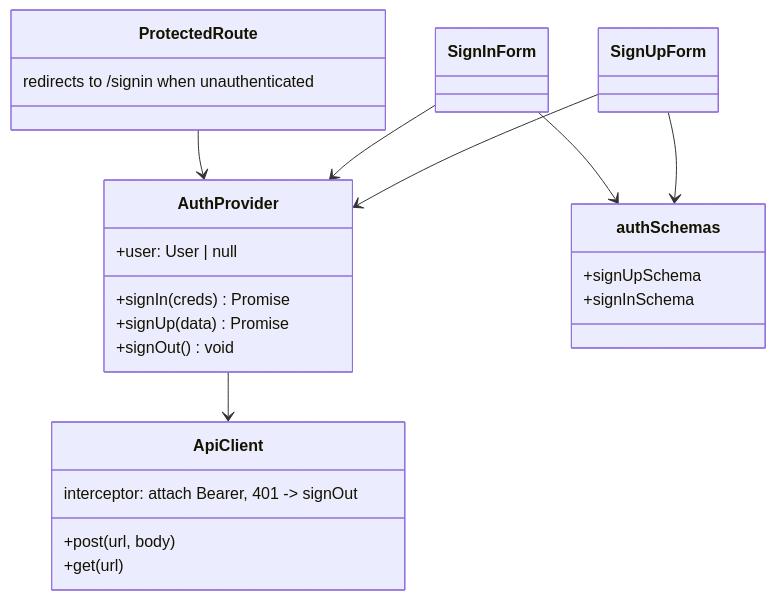
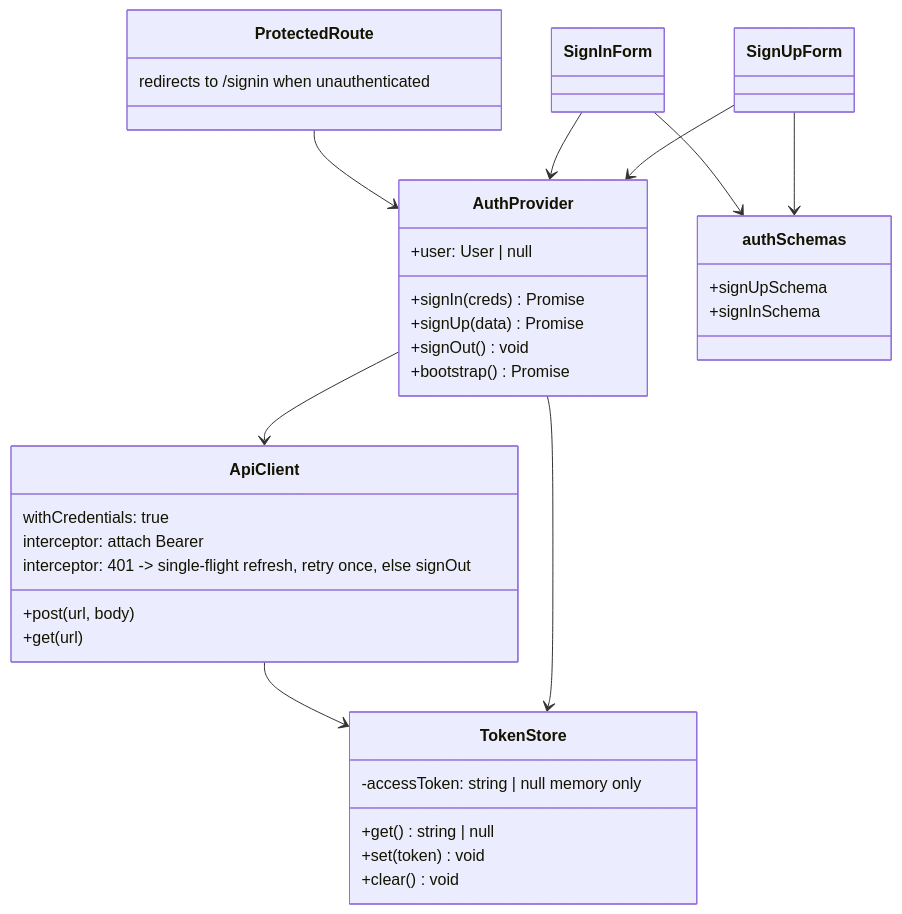
One commit to Rowan-habashy/easyGenerator-auth changed the second of 2 diagrams in docs/architecture/c4-code.md. Above: the diagram before and after it, drawn with Mermaid. The commit also changed other lines of this file and 5 other files, not shown here.

````diff
--- a/docs/architecture/c4-code.md
+++ b/docs/architecture/c4-code.md
@@ -61,27 +100,38 @@
 ```mermaid
 classDiagram
     class AuthProvider {
         +user: User | null
         +signIn(creds) Promise
         +signUp(data) Promise
         +signOut() void
+        +bootstrap() Promise
+    }
+    class TokenStore {
+        -accessToken: string | null  memory only
+        +get() string | null
+        +set(token) void
+        +clear() void
     }
     class ApiClient {
         +post(url, body)
         +get(url)
-        interceptor: attach Bearer, 401 -> signOut
+        withCredentials: true
+        interceptor: attach Bearer
+        interceptor: 401 -> single-flight refresh, retry once, else signOut
     }
     class authSchemas {
         +signUpSchema
         +signInSchema
     }
     class ProtectedRoute {
         redirects to /signin when unauthenticated
     }
     AuthProvider --> ApiClient
+    AuthProvider --> TokenStore
+    ApiClient --> TokenStore
     SignUpForm --> authSchemas
     SignInForm --> authSchemas
     SignUpForm --> AuthProvider
     SignInForm --> AuthProvider
     ProtectedRoute --> AuthProvider
 ```
````
